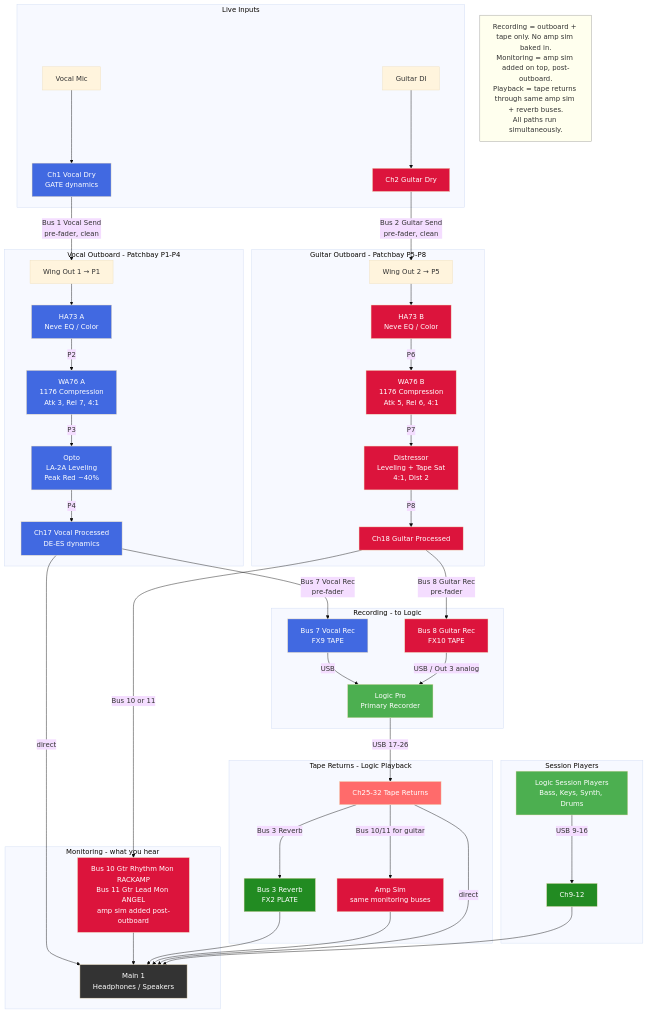
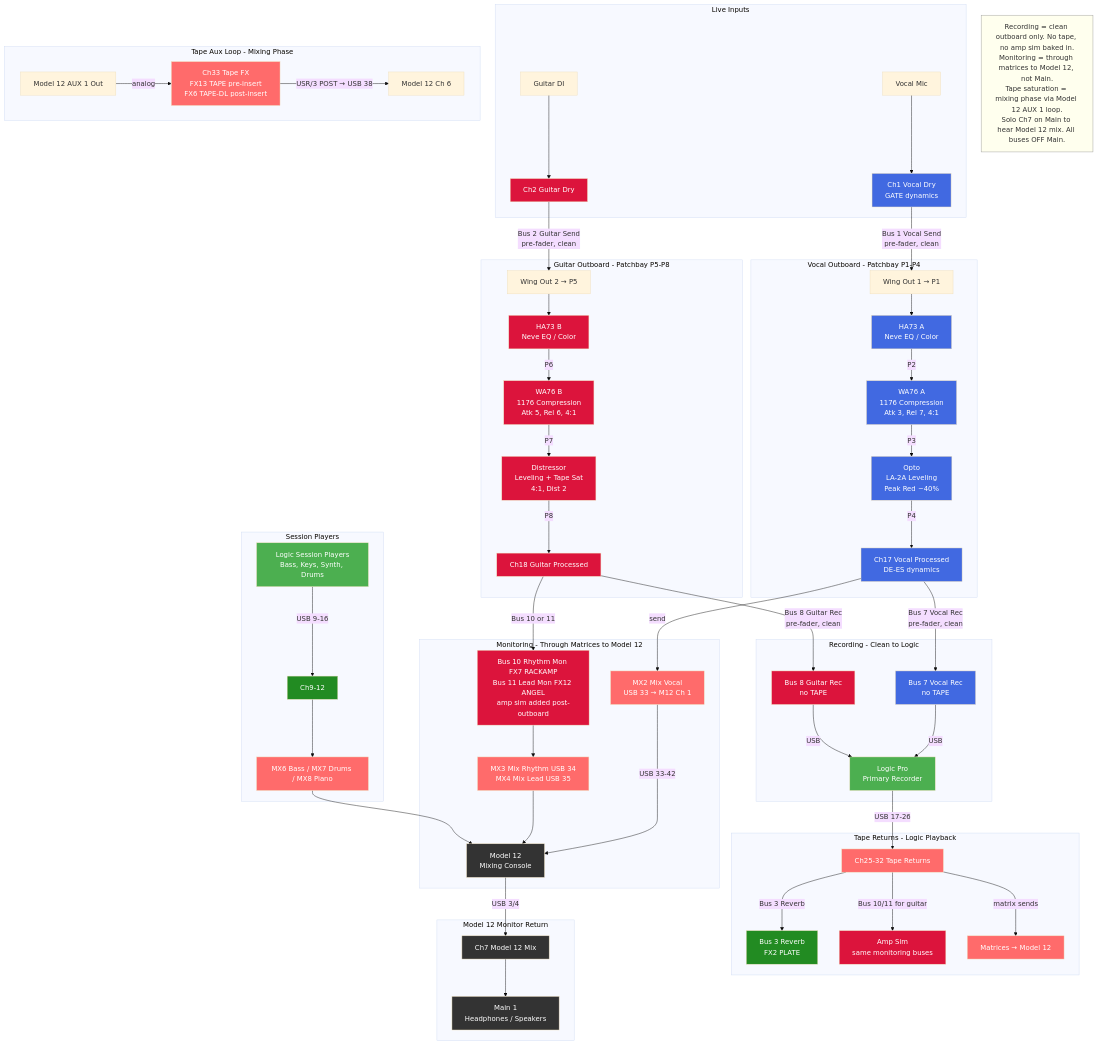
One commit to ldenman/studio-setup changed the diagram in docs/signal-chains.mmd. Above: the diagram before and after it, drawn with Mermaid (base theme). The commit also changed 1 other file, not shown here.

Commit message:
Update all diagrams for mix matrices and tape aux loop
- Remove TAPE from all recording bus diagrams (clean outboard only)
- Add mix matrix routing diagram (MX2-MX8 → USB 33-42 → Model 12)
- Add tape aux loop diagram (AUX 1 → Ch33 TAPE/TAPE-DL → M12 Ch 6)
- Update monitoring to show matrices → Model 12 → Ch7 path
- Update patchbay P9 from guitar recording to tape return
- Add noise floor checks for repurposed LCL inputs
- Add V5 architecture evolution (matrices + tape aux)
- Update signal-chains.mmd with complete new routing

```diff
--- a/docs/signal-chains.mmd
+++ b/docs/signal-chains.mmd
@@ -1,71 +1,90 @@
 graph TD
     subgraph Live Inputs
         MIC[Vocal Mic] --> CH1[Ch1 Vocal Dry<br/>GATE dynamics]
         DI[Guitar DI] --> CH2[Ch2 Guitar Dry]
     end
 
     subgraph Vocal Outboard - Patchbay P1-P4
         CH1 -->|Bus 1 Vocal Send<br/>pre-fader, clean| OUT1[Wing Out 1 → P1]
         OUT1 --> HA73A[HA73 A<br/>Neve EQ / Color]
         HA73A -->|P2| WA76A[WA76 A<br/>1176 Compression<br/>Atk 3, Rel 7, 4:1]
         WA76A -->|P3| OPTO[Opto<br/>LA-2A Leveling<br/>Peak Red ~40%]
         OPTO -->|P4| CH17[Ch17 Vocal Processed<br/>DE-ES dynamics]
     end
 
     subgraph Guitar Outboard - Patchbay P5-P8
         CH2 -->|Bus 2 Guitar Send<br/>pre-fader, clean| OUT2[Wing Out 2 → P5]
         OUT2 --> HA73B[HA73 B<br/>Neve EQ / Color]
         HA73B -->|P6| WA76B[WA76 B<br/>1176 Compression<br/>Atk 5, Rel 6, 4:1]
         WA76B -->|P7| DIST[Distressor<br/>Leveling + Tape Sat<br/>4:1, Dist 2]
         DIST -->|P8| CH18[Ch18 Guitar Processed]
     end
 
-    subgraph Recording - to Logic
-        CH17 -->|Bus 7 Vocal Rec<br/>pre-fader| BUS7[Bus 7 Vocal Rec<br/>FX9 TAPE]
-        CH18 -->|Bus 8 Guitar Rec<br/>pre-fader| BUS8[Bus 8 Guitar Rec<br/>FX10 TAPE]
+    subgraph Recording - Clean to Logic
+        CH17 -->|Bus 7 Vocal Rec<br/>pre-fader, clean| BUS7[Bus 7 Vocal Rec<br/>no TAPE]
+        CH18 -->|Bus 8 Guitar Rec<br/>pre-fader, clean| BUS8[Bus 8 Guitar Rec<br/>no TAPE]
         BUS7 -->|USB| LOGIC[Logic Pro<br/>Primary Recorder]
-        BUS8 -->|USB / Out 3 analog| LOGIC
+        BUS8 -->|USB| LOGIC
     end
 
-    subgraph Monitoring - what you hear
-        CH17 -->|direct| MAIN[Main 1<br/>Headphones / Speakers]
-        CH18 -->|Bus 10 or 11| AMP[Bus 10 Gtr Rhythm Mon RACKAMP<br/>Bus 11 Gtr Lead Mon ANGEL<br/>amp sim added post-outboard]
-        AMP --> MAIN
+    subgraph Monitoring - Through Matrices to Model 12
+        CH17 -->|send| MX2[MX2 Mix Vocal<br/>USB 33 → M12 Ch 1]
+        CH18 -->|Bus 10 or 11| AMP[Bus 10 Rhythm Mon FX7 RACKAMP<br/>Bus 11 Lead Mon FX12 ANGEL<br/>amp sim added post-outboard]
+        AMP --> MX34[MX3 Mix Rhythm USB 34<br/>MX4 Mix Lead USB 35]
+        MX2 -->|USB 33-42| M12[Model 12<br/>Mixing Console]
+        MX34 --> M12
     end
 
     subgraph Tape Returns - Logic Playback
         LOGIC -->|USB 17-26| TR[Ch25-32 Tape Returns]
         TR -->|Bus 3 Reverb| BUS3[Bus 3 Reverb<br/>FX2 PLATE]
         TR -->|Bus 10/11 for guitar| AMP2[Amp Sim<br/>same monitoring buses]
-        BUS3 --> MAIN
-        AMP2 --> MAIN
-        TR -->|direct| MAIN
+        TR -->|matrix sends| MX_TR[Matrices → Model 12]
     end
 
     subgraph Session Players
-        SP[Logic Session Players<br/>Bass, Keys, Synth, Drums] -->|USB 9-16| CH9[Ch9-12] --> MAIN
+        SP[Logic Session Players<br/>Bass, Keys, Synth, Drums] -->|USB 9-16| CH9[Ch9-12]
+        CH9 --> MX_SP[MX6 Bass / MX7 Drums / MX8 Piano]
+        MX_SP --> M12
     end
 
-    NOTE[Recording = outboard + tape only. No amp sim baked in.<br/>Monitoring = amp sim added on top, post-outboard.<br/>Playback = tape returns through same amp sim + reverb buses.<br/>All paths run simultaneously.]
+    subgraph Tape Aux Loop - Mixing Phase
+        M12_AUX[Model 12 AUX 1 Out] -->|analog| CH33[Ch33 Tape FX<br/>FX13 TAPE pre-insert<br/>FX6 TAPE-DL post-insert]
+        CH33 -->|USR/3 POST → USB 38| M12_CH6[Model 12 Ch 6]
+    end
+
+    subgraph Model 12 Monitor Return
+        M12 -->|USB 3/4| CH7[Ch7 Model 12 Mix]
+        CH7 --> MAIN[Main 1<br/>Headphones / Speakers]
+    end
+
+    NOTE[Recording = clean outboard only. No tape, no amp sim baked in.<br/>Monitoring = through matrices to Model 12, not Main.<br/>Tape saturation = mixing phase via Model 12 AUX 1 loop.<br/>Solo Ch7 on Main to hear Model 12 mix. All buses OFF Main.]
 
     style CH1 fill:#4169E1,color:#fff
     style CH17 fill:#4169E1,color:#fff
     style BUS7 fill:#4169E1,color:#fff
     style HA73A fill:#4169E1,color:#fff
     style WA76A fill:#4169E1,color:#fff
     style OPTO fill:#4169E1,color:#fff
+    style MX2 fill:#FF6B6B,color:#fff
     style CH2 fill:#DC143C,color:#fff
     style CH18 fill:#DC143C,color:#fff
     style BUS8 fill:#DC143C,color:#fff
     style HA73B fill:#DC143C,color:#fff
     style WA76B fill:#DC143C,color:#fff
     style DIST fill:#DC143C,color:#fff
     style AMP fill:#DC143C,color:#fff
     style AMP2 fill:#DC143C,color:#fff
+    style MX34 fill:#FF6B6B,color:#fff
+    style MX_TR fill:#FF6B6B,color:#fff
+    style MX_SP fill:#FF6B6B,color:#fff
     style BUS3 fill:#228B22,color:#fff
     style LOGIC fill:#4CAF50,color:#fff
     style MAIN fill:#333,color:#fff
+    style M12 fill:#333,color:#fff
+    style CH7 fill:#333,color:#fff
     style TR fill:#FF6B6B,color:#fff
     style SP fill:#4CAF50,color:#fff
     style CH9 fill:#228B22,color:#fff
+    style CH33 fill:#FF6B6B,color:#fff
     style NOTE fill:#ffe,stroke:#999
```
